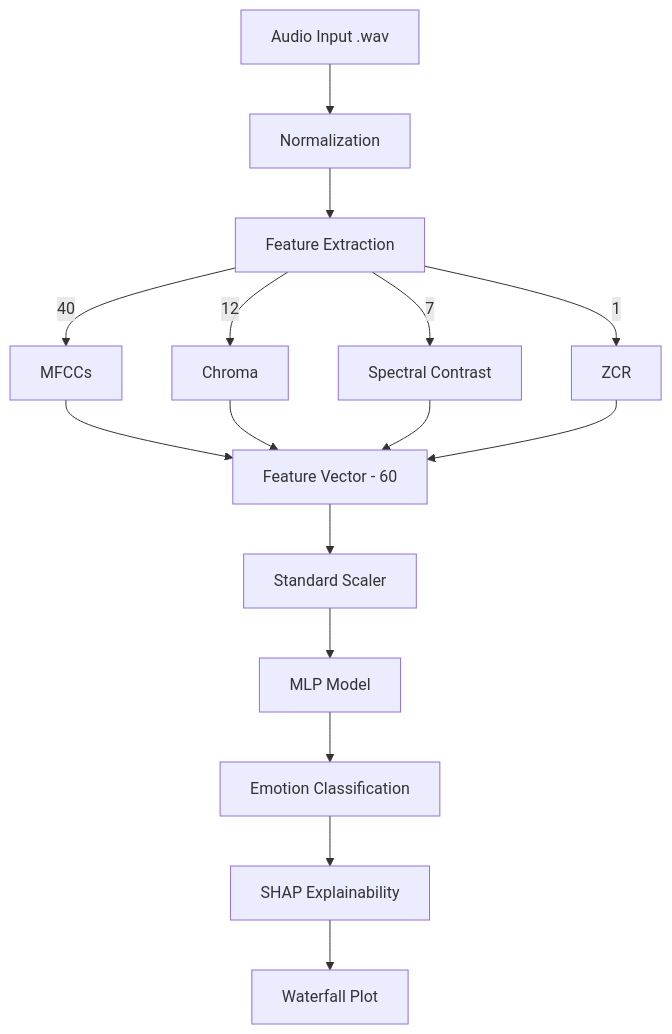
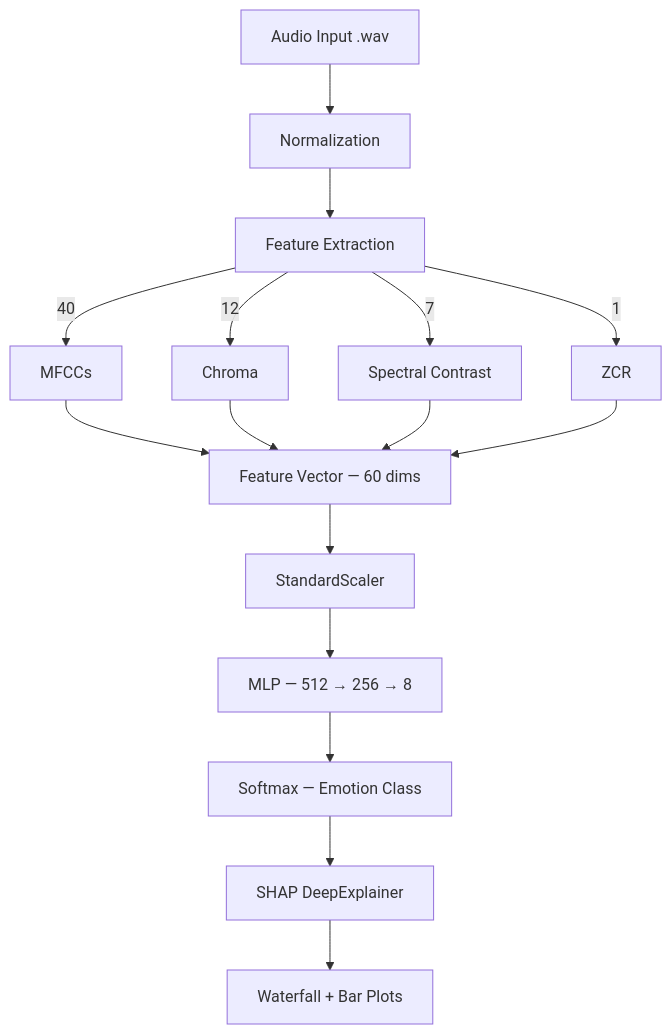
Before and after one commit to nivethitha-code/Aural-Sentiment-Engine: the diagram in README.md, drawn with Mermaid. The commit also changed other lines of this file, not shown here.

````diff
--- a/README.md
+++ b/README.md
@@ -65,15 +118,15 @@
 ```mermaid
 graph TD
     A[Audio Input .wav] --> B[Normalization]
     B --> C[Feature Extraction]
     C -->|40| D[MFCCs]
     C -->|12| E[Chroma]
     C -->|7| F[Spectral Contrast]
     C -->|1| G[ZCR]
-    D & E & F & G --> H[Feature Vector - 60]
-    H --> I[Standard Scaler]
-    I --> J[MLP Model]
-    J --> K[Emotion Classification]
-    K --> L[SHAP Explainability]
-    L --> M[Waterfall Plot]
+    D & E & F & G --> H[Feature Vector — 60 dims]
+    H --> I[StandardScaler]
+    I --> J[MLP — 512 → 256 → 8]
+    J --> K[Softmax — Emotion Class]
+    K --> L[SHAP DeepExplainer]
+    L --> M[Waterfall + Bar Plots]
 ```
````
